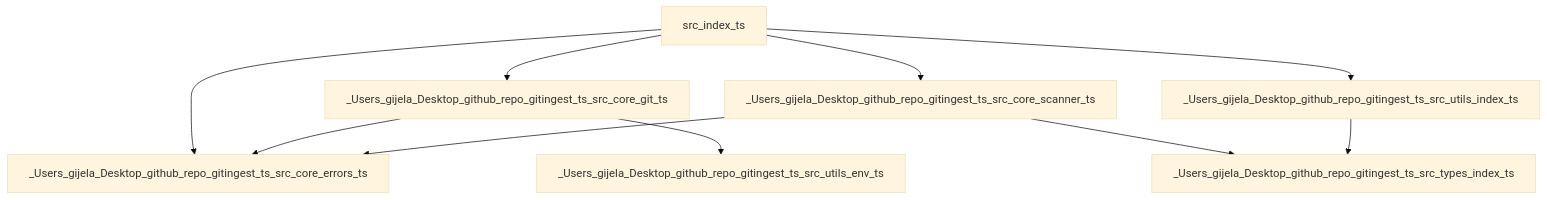
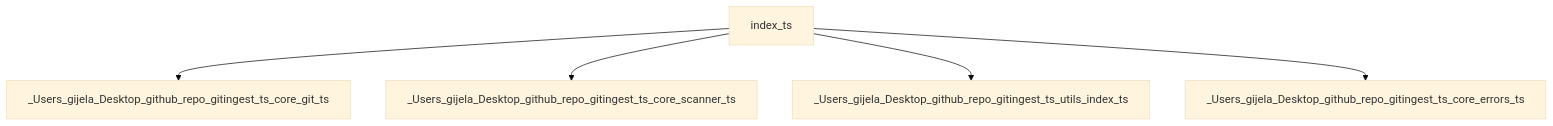
Before and after one commit to Gijela/git-analyze: the diagram in examples/reports/dependency-graph.mmd, drawn with Mermaid (base theme). The commit also changed 4 other files, not shown here.

Commit message:
feat: Revamp README and reporting formats for GitIngest-TS. Update documentation to include comprehensive features in Chinese, enhance dependency graph outputs, and improve HTML report styling. Refactor file paths in reports for clarity and consistency.

```diff
--- a/examples/reports/dependency-graph.mmd
+++ b/examples/reports/dependency-graph.mmd
@@ -1,10 +1,5 @@
 graph TD;
-  src_index_ts --> _Users_gijela_Desktop_github_repo_gitingest_ts_src_core_git_ts;
-  src_index_ts --> _Users_gijela_Desktop_github_repo_gitingest_ts_src_core_scanner_ts;
-  src_index_ts --> _Users_gijela_Desktop_github_repo_gitingest_ts_src_utils_index_ts;
-  src_index_ts --> _Users_gijela_Desktop_github_repo_gitingest_ts_src_core_errors_ts;
-  _Users_gijela_Desktop_github_repo_gitingest_ts_src_core_git_ts --> _Users_gijela_Desktop_github_repo_gitingest_ts_src_core_errors_ts;
-  _Users_gijela_Desktop_github_repo_gitingest_ts_src_core_git_ts --> _Users_gijela_Desktop_github_repo_gitingest_ts_src_utils_env_ts;
-  _Users_gijela_Desktop_github_repo_gitingest_ts_src_core_scanner_ts --> _Users_gijela_Desktop_github_repo_gitingest_ts_src_types_index_ts;
-  _Users_gijela_Desktop_github_repo_gitingest_ts_src_core_scanner_ts --> _Users_gijela_Desktop_github_repo_gitingest_ts_src_core_errors_ts;
-  _Users_gijela_Desktop_github_repo_gitingest_ts_src_utils_index_ts --> _Users_gijela_Desktop_github_repo_gitingest_ts_src_types_index_ts;
+  index_ts --> _Users_gijela_Desktop_github_repo_gitingest_ts_core_git_ts;
+  index_ts --> _Users_gijela_Desktop_github_repo_gitingest_ts_core_scanner_ts;
+  index_ts --> _Users_gijela_Desktop_github_repo_gitingest_ts_utils_index_ts;
+  index_ts --> _Users_gijela_Desktop_github_repo_gitingest_ts_core_errors_ts;
```
